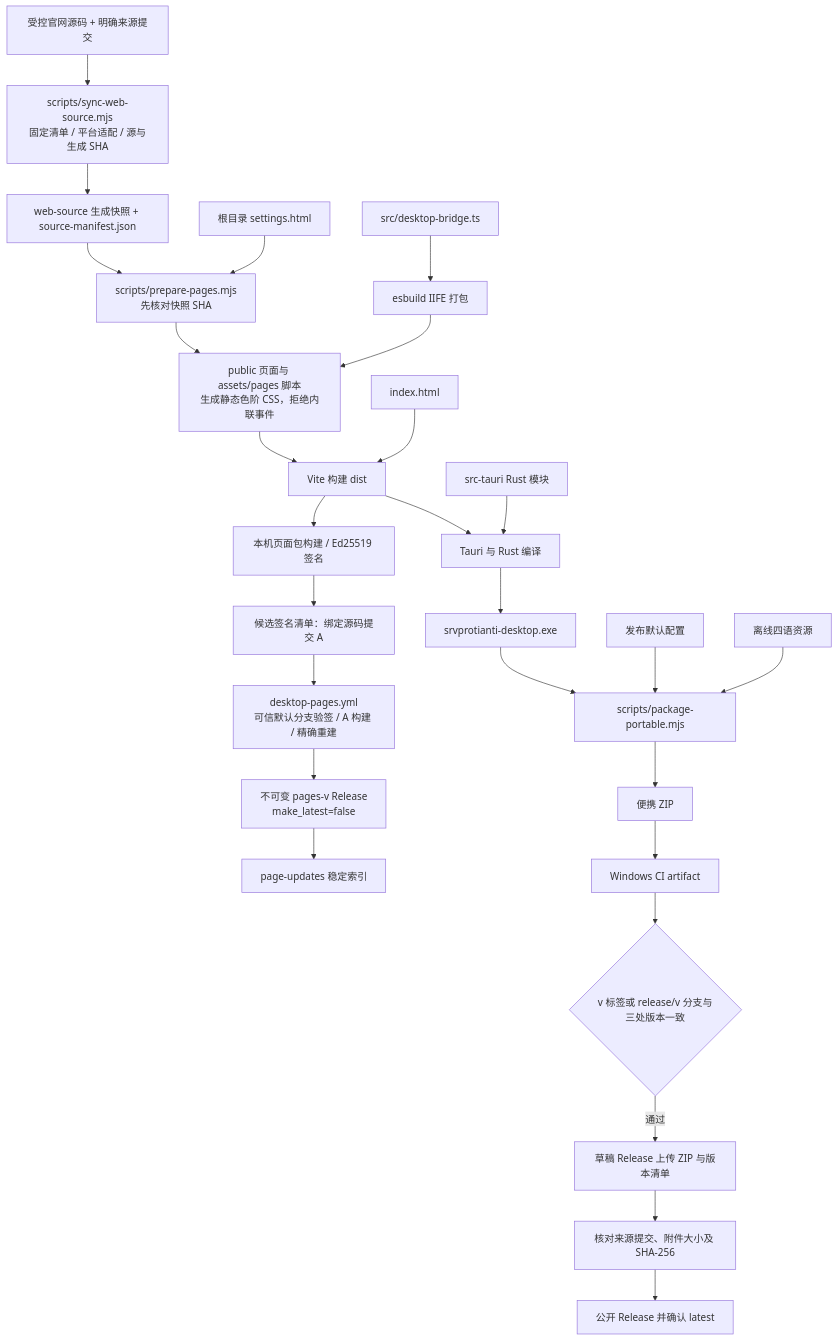
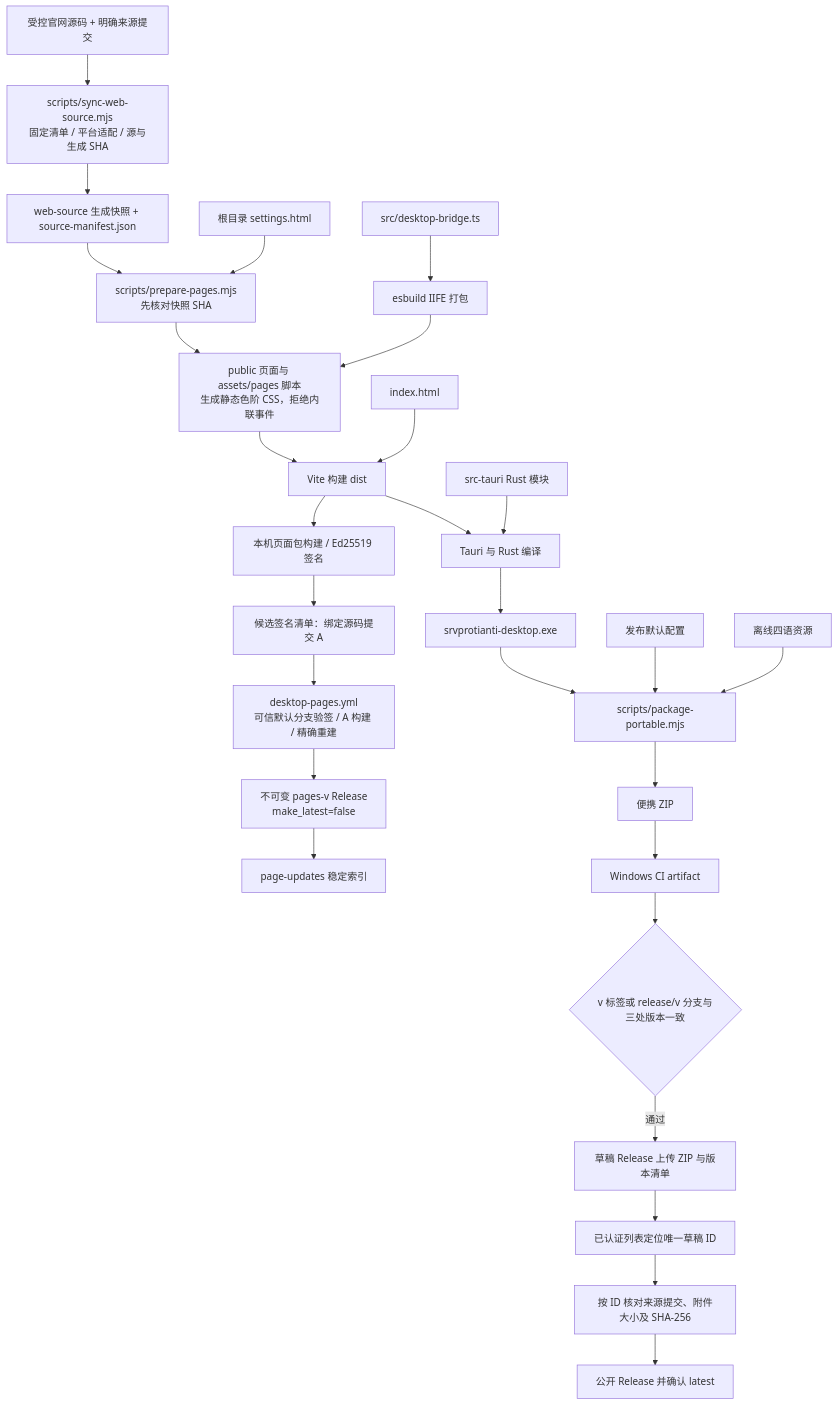
One commit to 301zrg/srvprotianti-desktop changed the eighth of 8 diagrams in docs/ARCHITECTURE.md. Above: the diagram before and after it, drawn with Mermaid. The commit also changed other lines of this file and 3 other files, not shown here.

````diff
--- a/docs/ARCHITECTURE.md
+++ b/docs/ARCHITECTURE.md
@@ -295,29 +295,30 @@
 ```mermaid
 flowchart TB
     Website["受控官网源码 + 明确来源提交"] --> Sync["scripts/sync-web-source.mjs<br/>固定清单 / 平台适配 / 源与生成 SHA"]
     Sync --> WebSource["web-source 生成快照 + source-manifest.json"]
     WebSource --> Prepare["scripts/prepare-pages.mjs<br/>先核对快照 SHA"]
     Settings[根目录 settings.html] --> Prepare
     Prepare --> Public["public 页面与 assets/pages 脚本<br/>生成静态色阶 CSS，拒绝内联事件"]
     Bridge[src/desktop-bridge.ts] --> Esbuild[esbuild IIFE 打包]
     Esbuild --> Public
     Public --> Vite[Vite 构建 dist]
     RootIndex[index.html] --> Vite
     Vite --> Tauri[Tauri 与 Rust 编译]
     Vite --> Sign["本机页面包构建 / Ed25519 签名"]
     Sign --> Candidate["候选签名清单：绑定源码提交 A"]
     Candidate --> PageCI["desktop-pages.yml<br/>可信默认分支验签 / A 构建 / 精确重建"]
     PageCI --> PageRelease["不可变 pages-v Release<br/>make_latest=false"]
     PageRelease --> Index["page-updates 稳定索引"]
     Rust[src-tauri Rust 模块] --> Tauri
     Tauri --> Exe[srvprotianti-desktop.exe]
     Exe --> Portable[scripts/package-portable.mjs]
     Default[发布默认配置] --> Portable
     Resources[离线四语资源] --> Portable
     Portable --> Zip[便携 ZIP]
     Zip --> Artifact[Windows CI artifact]
     Artifact --> Tag{v 标签或 release/v 分支与三处版本一致}
     Tag -->|通过| Draft[草稿 Release 上传 ZIP 与版本清单]
-    Draft --> Verify[核对来源提交、附件大小及 SHA-256]
+    Draft --> DraftId[已认证列表定位唯一草稿 ID]
+    DraftId --> Verify[按 ID 核对来源提交、附件大小及 SHA-256]
     Verify --> Release[公开 Release 并确认 latest]
 ```
````
